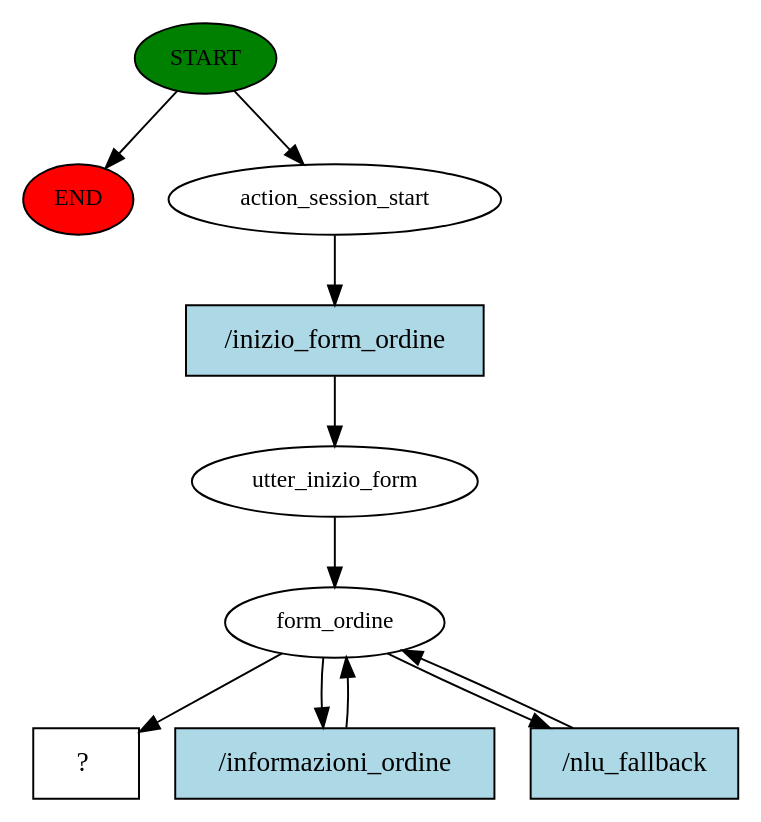
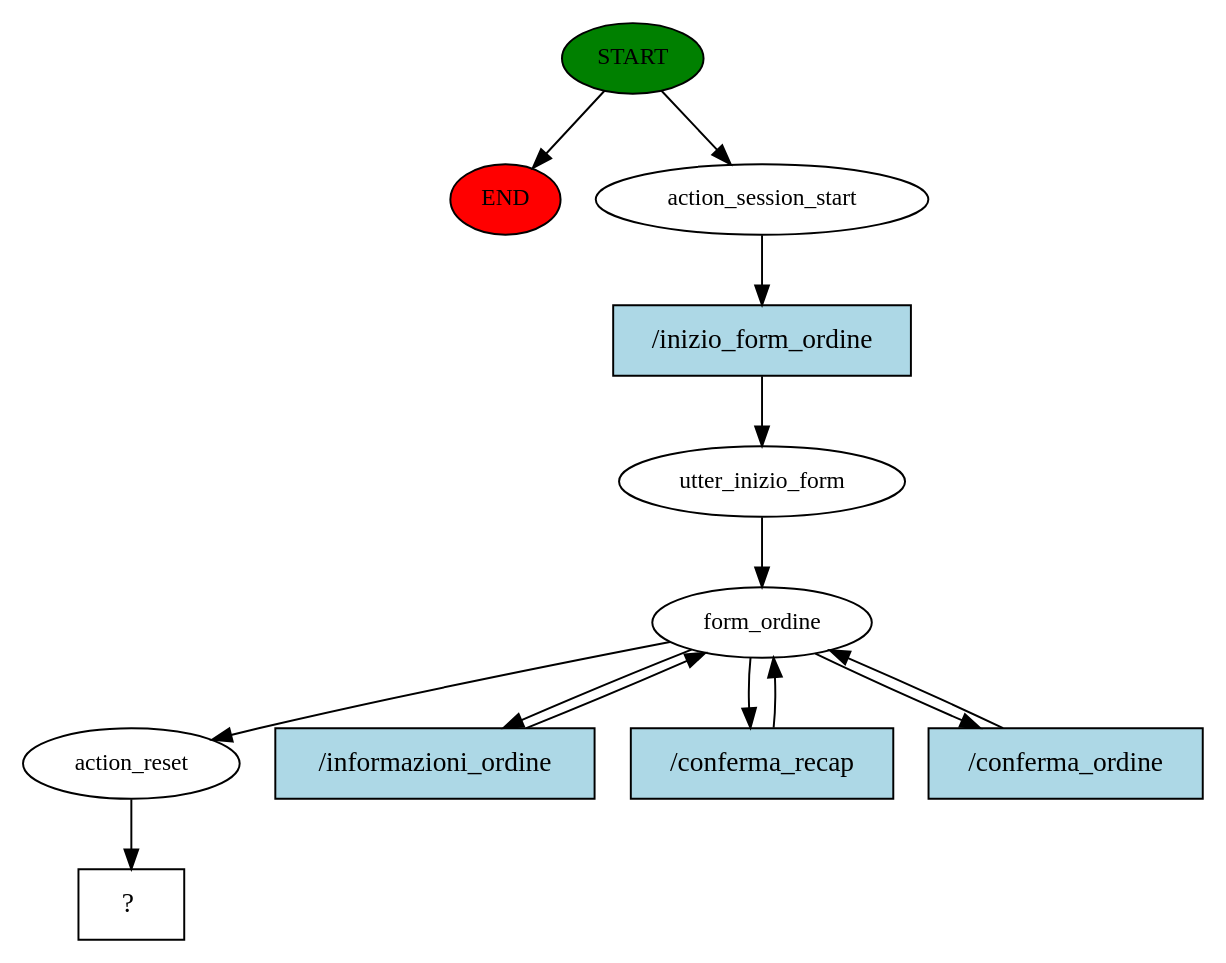
Before and after one commit to Paolo95/Rasa_Chatbot: the diagram in story_graph.dot, drawn with Graphviz. The commit also changed 6 other files, not shown here.

```diff
--- a/story_graph.dot
+++ b/story_graph.dot
@@ -1,21 +1,26 @@
 digraph  {
 0 [class="start active", fillcolor=green, fontsize=12, label=START, style=filled];
 "-1" [class=end, fillcolor=red, fontsize=12, label=END, style=filled];
 1 [class=active, fontsize=12, label=action_session_start];
 2 [class=active, fontsize=12, label=utter_inizio_form];
 3 [class=active, fontsize=12, label=form_ordine];
-17 [class="intent dashed active", label="  ?  ", shape=rect];
-18 [class="intent active", fillcolor=lightblue, label="/inizio_form_ordine", shape=rect, style=filled];
-19 [class="intent active", fillcolor=lightblue, label="/informazioni_ordine", shape=rect, style=filled];
-20 [class="intent active", fillcolor=lightblue, label="/nlu_fallback", shape=rect, style=filled];
+17 [class=active, fontsize=12, label=action_reset];
+18 [class="intent dashed active", label="  ?  ", shape=rect];
+19 [class="intent active", fillcolor=lightblue, label="/inizio_form_ordine", shape=rect, style=filled];
+20 [class="intent active", fillcolor=lightblue, label="/informazioni_ordine", shape=rect, style=filled];
+21 [class="intent active", fillcolor=lightblue, label="/conferma_recap", shape=rect, style=filled];
+22 [class="intent active", fillcolor=lightblue, label="/conferma_ordine", shape=rect, style=filled];
 0 -> "-1"  [class="", key=NONE, label=""];
 0 -> 1  [class=active, key=NONE, label=""];
-1 -> 18  [class=active, key=0];
+1 -> 19  [class=active, key=0];
 2 -> 3  [class=active, key=NONE, label=""];
 3 -> 17  [class=active, key=NONE, label=""];
-3 -> 19  [class=active, key=0];
 3 -> 20  [class=active, key=0];
-18 -> 2  [class=active, key=0];
-19 -> 3  [class=active, key=0];
+3 -> 21  [class=active, key=0];
+3 -> 22  [class=active, key=0];
+17 -> 18  [class=active, key=NONE, label=""];
+19 -> 2  [class=active, key=0];
 20 -> 3  [class=active, key=0];
+21 -> 3  [class=active, key=0];
+22 -> 3  [class=active, key=0];
 }
```
